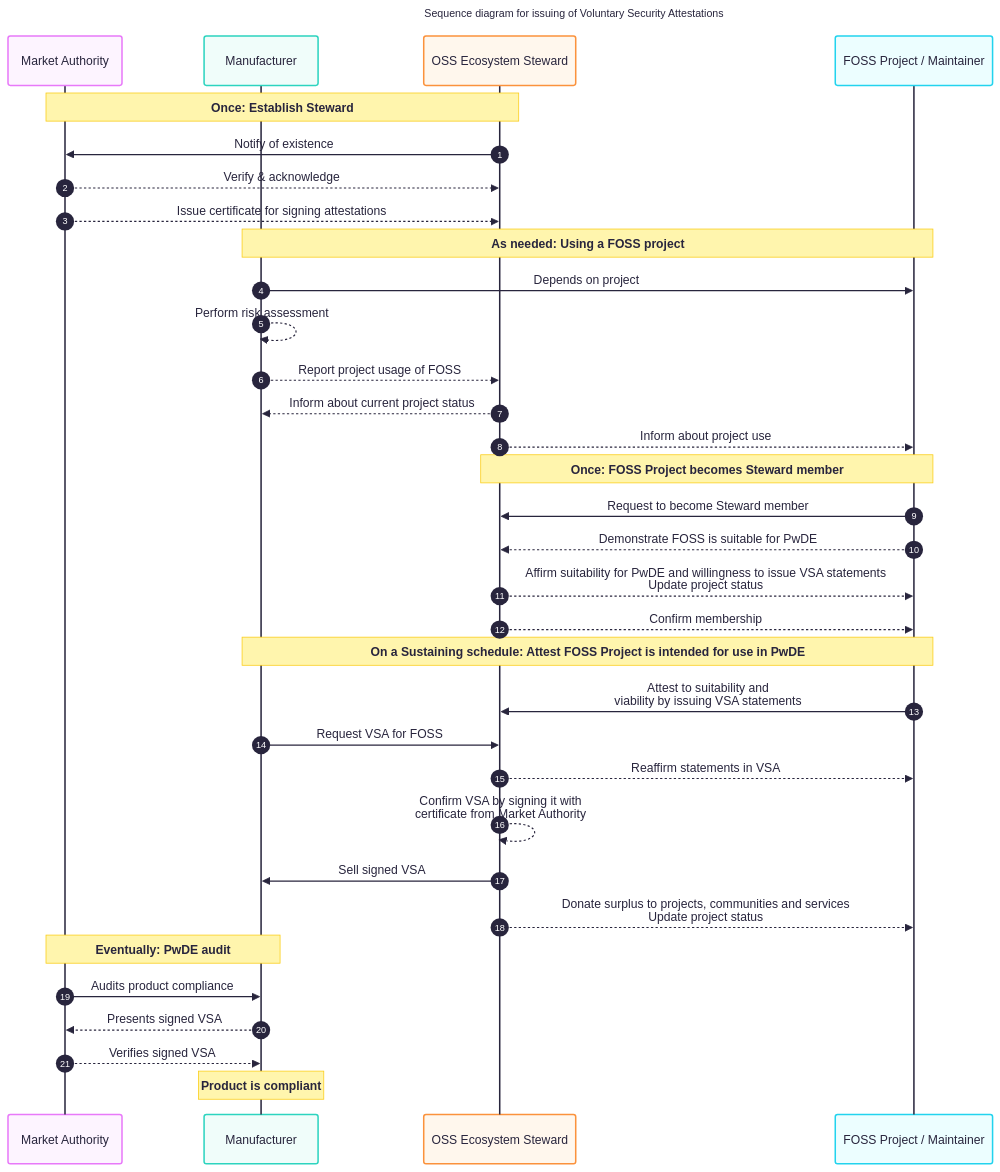
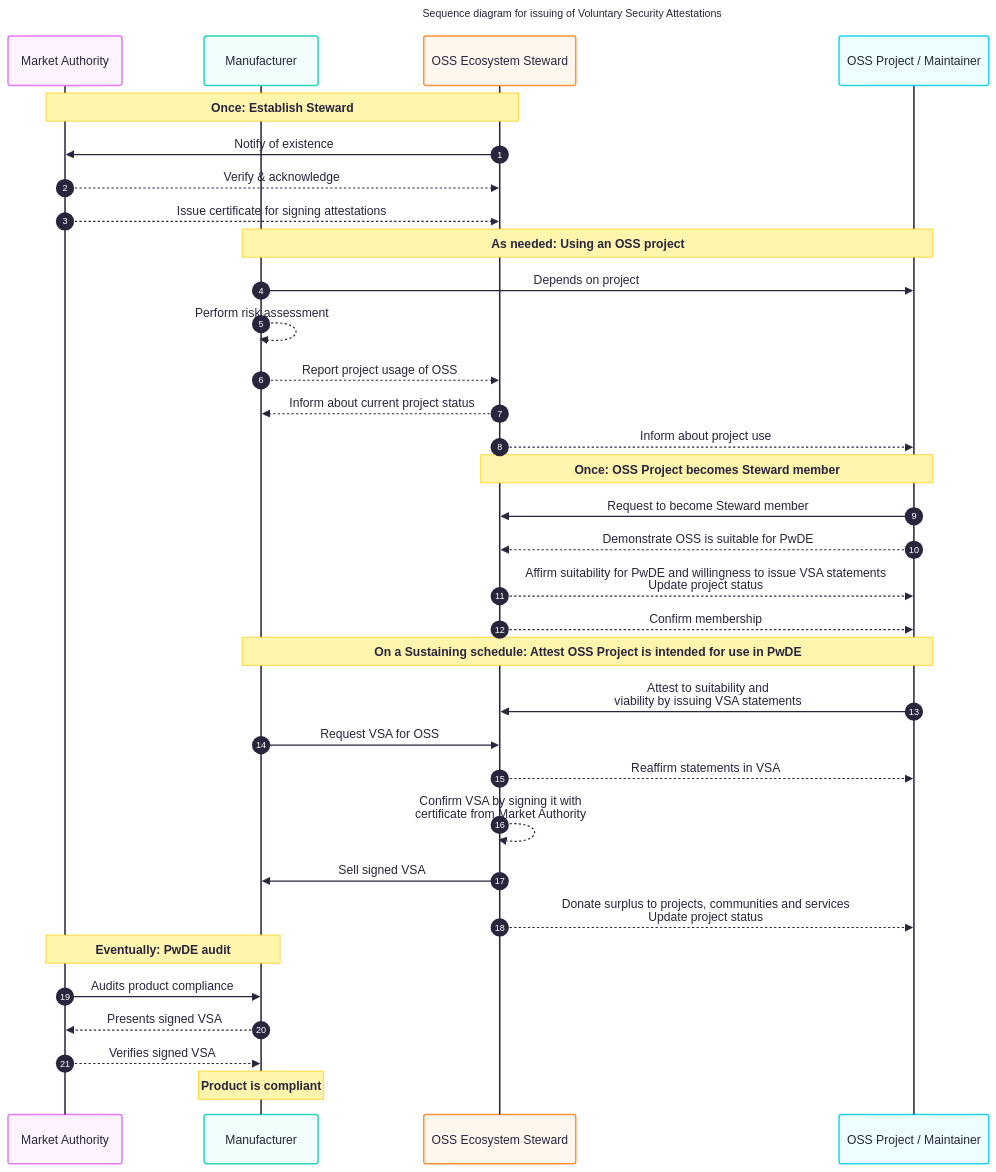
Before and after one commit to CPAN-Security/security.metacpan.org: the diagram in docs/ecosystem-steward.md, drawn with Mermaid. The commit also changed other lines of this file, not shown here.

Commit message:
Apply some feedback from Claude: Abbrevations; Typos; Surplus donation targets; British english; and more

````diff
--- a/docs/ecosystem-steward.md
+++ b/docs/ecosystem-steward.md
@@ -268,42 +287,42 @@
 ```mermaid
 ---
 title: Sequence diagram for issuing of Voluntary Security Attestations
 config:
     theme: redux-color
     layout: elk
     look: classic
 ---
 sequenceDiagram
     autonumber
     participant MA as Market Authority
     participant MFG as Manufacturer
     participant ES as OSS Ecosystem Steward
-    participant FOSS as FOSS Project / Maintainer
+    participant OSS as OSS Project / Maintainer
     note over MA,ES: Once: Establish Steward
     ES->>MA: Notify of existence
     MA-->>ES: Verify & acknowledge
     MA-->>ES: Issue certificate for signing attestations
-    note over MFG,FOSS: As needed: Using a FOSS project
-    MFG->>FOSS: Depends on project
+    note over MFG,OSS: As needed: Using an OSS project
+    MFG->>OSS: Depends on project
     MFG-->>MFG: Perform risk assessment
-    MFG-->>ES: Report project usage of FOSS
+    MFG-->>ES: Report project usage of OSS
     ES-->>MFG: Inform about current project status
-    ES-->>FOSS: Inform about project use
-    note over ES,FOSS: Once: FOSS Project becomes Steward member
-    FOSS->>ES: Request to become Steward member
-    FOSS-->>ES: Demonstrate FOSS is suitable for PwDE
-    ES-->>FOSS: Affirm suitability for PwDE and willingness to issue VSA statements<br>Update project status
-    ES-->>FOSS: Confirm membership
-    note over MFG,FOSS: On a Sustaining schedule: Attest FOSS Project is intended for use in PwDE
-    FOSS->>ES: Attest to suitability and<br>viability by issuing VSA statements
-    MFG->>ES: Request VSA for FOSS
-    ES-->>FOSS: Reaffirm statements in VSA
+    ES-->>OSS: Inform about project use
+    note over ES,OSS: Once: OSS Project becomes Steward member
+    OSS->>ES: Request to become Steward member
+    OSS-->>ES: Demonstrate OSS is suitable for PwDE
+    ES-->>OSS: Affirm suitability for PwDE and willingness to issue VSA statements<br>Update project status
+    ES-->>OSS: Confirm membership
+    note over MFG,OSS: On a Sustaining schedule: Attest OSS Project is intended for use in PwDE
+    OSS->>ES: Attest to suitability and<br>viability by issuing VSA statements
+    MFG->>ES: Request VSA for OSS
+    ES-->>OSS: Reaffirm statements in VSA
     ES-->>ES: Confirm VSA by signing it with<br>certificate from Market Authority
     ES->>MFG: Sell signed VSA
-    ES-->>FOSS: Donate surplus to projects, communities and services<br>Update project status
+    ES-->>OSS: Donate surplus to projects, communities and services<br>Update project status
     note over MA,MFG: Eventually: PwDE audit
     MA->>MFG: Audits product compliance
     MFG-->>MA: Presents signed VSA
     MA-->>MFG: Verifies signed VSA
     note over MFG: Product is compliant
 ```
````
